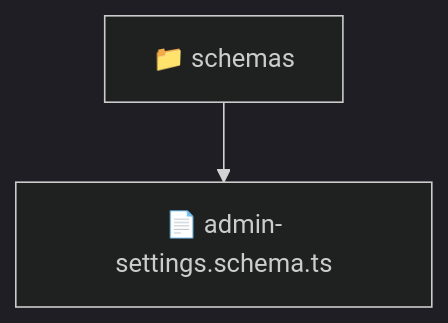
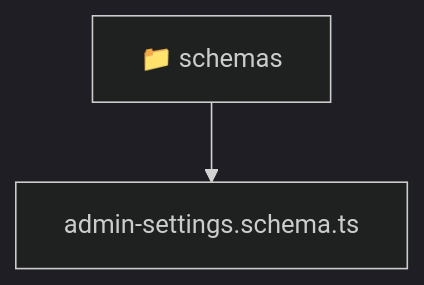
One commit to beginwebdev2002/fullstack-mavluda changed the diagram in backend/src/modules/admin-settings/infrastructure/schemas/README.md. Above: the diagram before and after it, drawn with Mermaid (dark theme). The commit also changed other lines of this file and 167 other files, not shown here.

````diff
--- a/backend/src/modules/admin-settings/infrastructure/schemas/README.md
+++ b/backend/src/modules/admin-settings/infrastructure/schemas/README.md
@@ -9,5 +9,6 @@
 ```mermaid
 graph TD
-  Root["📁 schemas"]
-  Root --> admin_settings_schema_ts["📄 admin-settings.schema.ts"]
+  Root_schemas["📁 schemas"]
+  f_admin_settings_schema_ts["admin-settings.schema.ts"]
+  Root_schemas --> f_admin_settings_schema_ts
 ```
````
